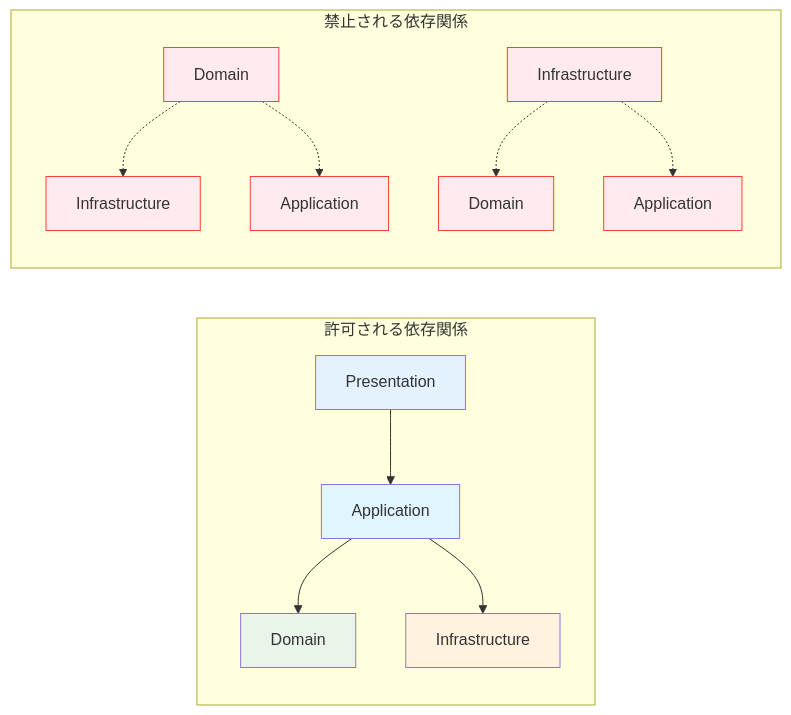
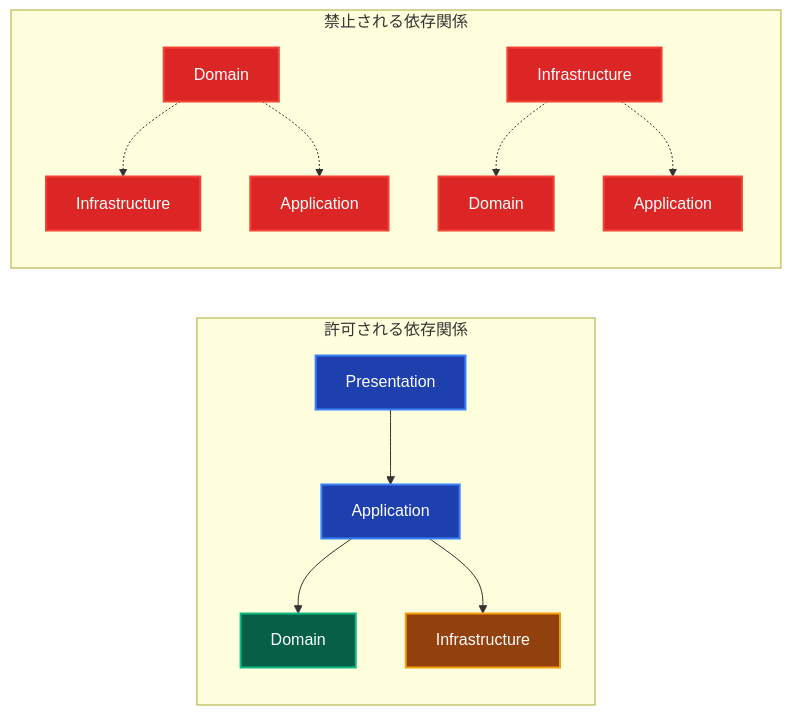
Before and after one commit to derushio/d-next-ddd-example: the second of 2 diagrams in _DOCS/guides/ddd/layers/layer.md, drawn with Mermaid. The commit also changed other lines of this file and 31 other files, not shown here.

Commit message:
🎨: DOCSのMermaid図表カラーテーマを暗色に統一し視認性を向上

````diff
--- a/_DOCS/guides/ddd/layers/layer.md
+++ b/_DOCS/guides/ddd/layers/layer.md
@@ -36,27 +36,27 @@
 ```mermaid
 graph LR
     subgraph "許可される依存関係"
         P1[Presentation] --> A1[Application]
         A1 --> D1[Domain]
         A1 --> I1[Infrastructure]
     end
     
     subgraph "禁止される依存関係"
         D2[Domain] -.-> I2[Infrastructure]
         D2 -.-> A2[Application]
         I3[Infrastructure] -.-> D3[Domain]
         I3 -.-> A3[Application]
     end
     
-    style P1 fill:#e3f2fd
-    style A1 fill:#e1f5fe
-    style D1 fill:#e8f5e8
-    style I1 fill:#fff3e0
+    style P1 fill:#1e40af,stroke:#3b82f6,stroke-width:2px,color:#ffffff fill:#1e40af,stroke:#3b82f6,stroke-width:2px,color:#ffffff
+    style A1 fill:#1e40af,stroke:#3b82f6,stroke-width:2px,color:#ffffff fill:#1e40af,stroke:#3b82f6,stroke-width:2px,color:#ffffff
+    style D1 fill:#065f46,stroke:#10b981,stroke-width:2px,color:#ffffff fill:#065f46,stroke:#10b981,stroke-width:2px,color:#ffffff
+    style I1 fill:#92400e,stroke:#f59e0b,stroke-width:2px,color:#ffffff fill:#92400e,stroke:#f59e0b,stroke-width:2px,color:#ffffff
     
-    style D2 fill:#ffebee,stroke:#f44336
-    style I2 fill:#ffebee,stroke:#f44336
-    style A2 fill:#ffebee,stroke:#f44336
-    style I3 fill:#ffebee,stroke:#f44336
-    style D3 fill:#ffebee,stroke:#f44336
-    style A3 fill:#ffebee,stroke:#f44336
+    style D2 fill:#dc2626,stroke:#b91c1c,stroke-width:2px,color:#ffffff fill:#dc2626,stroke:#b91c1c,stroke-width:2px,color:#ffffff,stroke:#f44336
+    style I2 fill:#dc2626,stroke:#b91c1c,stroke-width:2px,color:#ffffff fill:#dc2626,stroke:#b91c1c,stroke-width:2px,color:#ffffff,stroke:#f44336
+    style A2 fill:#dc2626,stroke:#b91c1c,stroke-width:2px,color:#ffffff fill:#dc2626,stroke:#b91c1c,stroke-width:2px,color:#ffffff,stroke:#f44336
+    style I3 fill:#dc2626,stroke:#b91c1c,stroke-width:2px,color:#ffffff fill:#dc2626,stroke:#b91c1c,stroke-width:2px,color:#ffffff,stroke:#f44336
+    style D3 fill:#dc2626,stroke:#b91c1c,stroke-width:2px,color:#ffffff fill:#dc2626,stroke:#b91c1c,stroke-width:2px,color:#ffffff,stroke:#f44336
+    style A3 fill:#dc2626,stroke:#b91c1c,stroke-width:2px,color:#ffffff fill:#dc2626,stroke:#b91c1c,stroke-width:2px,color:#ffffff,stroke:#f44336
 ```
````
